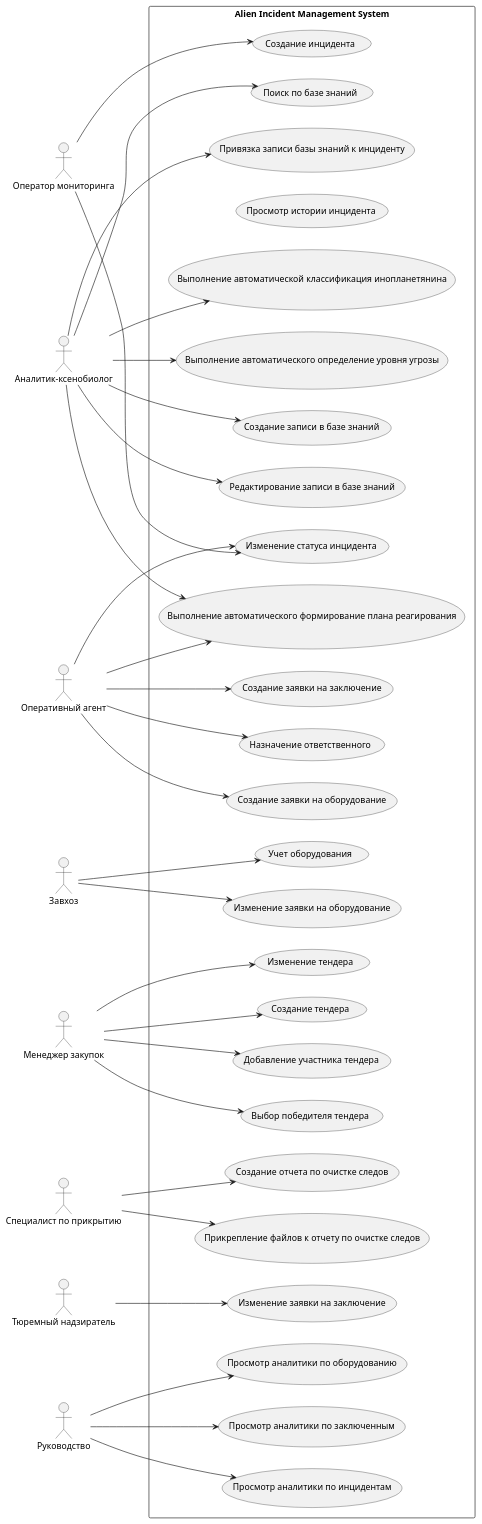
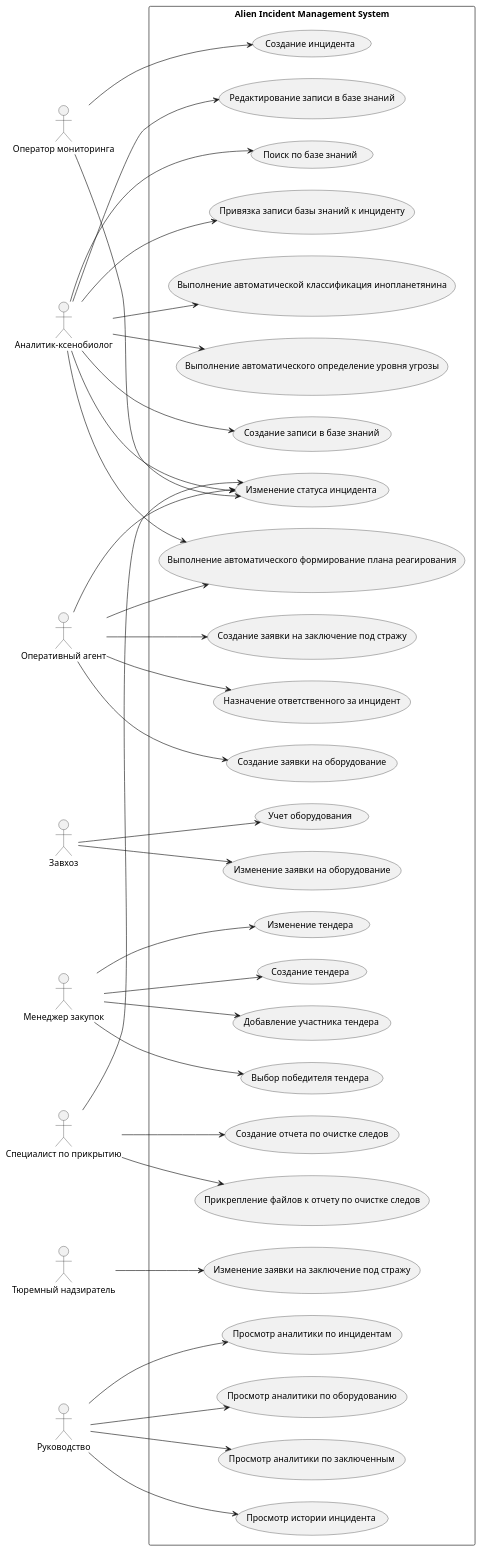
One commit to Andryss/AIMS changed the diagram in UseCase.md. Above: the diagram before and after it, drawn with PlantUML.

Commit message:
UC fixes

```diff
--- a/UseCase.md
+++ b/UseCase.md
@@ -16,7 +16,7 @@
 
 (Создание инцидента) as UC1
 (Изменение статуса инцидента) as UC2
-(Назначение ответственного) as UC3
+(Назначение ответственного за инцидент) as UC3
 (Просмотр истории инцидента) as UC4
 
 (Создание записи в базе знаний) as UC5
@@ -33,8 +33,8 @@
 (Выбор победителя тендера) as UC14
 (Изменение тендера) as UC15
 
-(Создание заявки на заключение) as UC16
-(Изменение заявки на заключение) as UC17
+(Создание заявки на заключение под стражу) as UC16
+(Изменение заявки на заключение под стражу) as UC17
 
 (Создание отчета по очистке следов) as UC18
 (Прикрепление файлов к отчету по очистке следов) as UC19
@@ -51,16 +51,20 @@
 Operator --> UC1
 Operator --> UC2
 
+Analyst --> UC2
 Analyst --> UC5
 Analyst --> UC6
 Analyst --> UC7
 Analyst --> UC8
 Analyst --> UC23
 Analyst --> UC24
+Analyst --> UC25
 
 Agent --> UC2
 Agent --> UC3
 Agent --> UC9
+Agent --> UC16
+Agent --> UC25
 
 Storekeeper --> UC10
 Storekeeper --> UC11
@@ -70,17 +74,15 @@
 Procurement --> UC14
 Procurement --> UC15
 
-Agent --> UC16
 Guard --> UC17
 
+Cleaner --> UC2
 Cleaner --> UC18
 Cleaner --> UC19
 
+Management --> UC4
 Management --> UC20
 Management --> UC21
 Management --> UC22
 
-Analyst --> UC25
-Agent --> UC25
-
 @enduml
```
